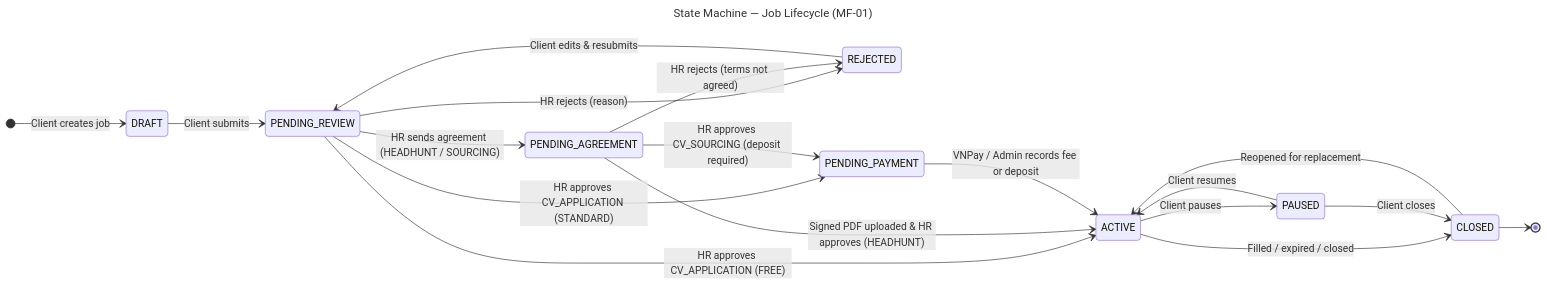
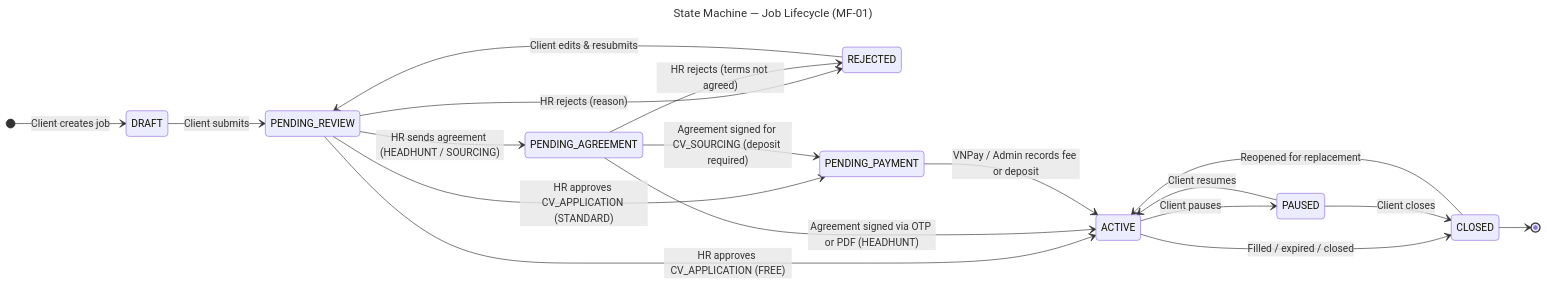
The diagram in docs/diagrams/state-machines/source/sm-job.mmd (hoangqui794/hr-connect), drawn with Mermaid before and after one commit. The commit also changed 40 other files, not shown here.

Commit message:
chore(mf02): update MF02 call flow specification and synchronize system state definitions

```diff
--- a/docs/diagrams/state-machines/source/sm-job.mmd
+++ b/docs/diagrams/state-machines/source/sm-job.mmd
@@ -1,22 +1,22 @@
 ---
 title: State Machine — Job Lifecycle (MF-01)
 ---
 stateDiagram-v2
   direction LR
   [*] --> DRAFT : Client creates job
   DRAFT --> PENDING_REVIEW : Client submits
   PENDING_REVIEW --> REJECTED : HR rejects (reason)
   REJECTED --> PENDING_REVIEW : Client edits & resubmits
   PENDING_REVIEW --> PENDING_PAYMENT : HR approves CV_APPLICATION (STANDARD)
   PENDING_REVIEW --> ACTIVE : HR approves CV_APPLICATION (FREE)
   PENDING_REVIEW --> PENDING_AGREEMENT : HR sends agreement (HEADHUNT / SOURCING)
-  PENDING_AGREEMENT --> ACTIVE : Signed PDF uploaded & HR approves (HEADHUNT)
-  PENDING_AGREEMENT --> PENDING_PAYMENT : HR approves CV_SOURCING (deposit required)
+  PENDING_AGREEMENT --> ACTIVE : Agreement signed via OTP or PDF (HEADHUNT)
+  PENDING_AGREEMENT --> PENDING_PAYMENT : Agreement signed for CV_SOURCING (deposit required)
   PENDING_AGREEMENT --> REJECTED : HR rejects (terms not agreed)
   PENDING_PAYMENT --> ACTIVE : VNPay / Admin records fee or deposit
   ACTIVE --> PAUSED : Client pauses
   PAUSED --> ACTIVE : Client resumes
   ACTIVE --> CLOSED : Filled / expired / closed
   CLOSED --> ACTIVE : Reopened for replacement
   PAUSED --> CLOSED : Client closes
   CLOSED --> [*]
```
